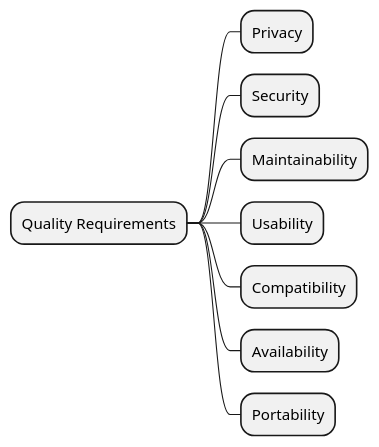
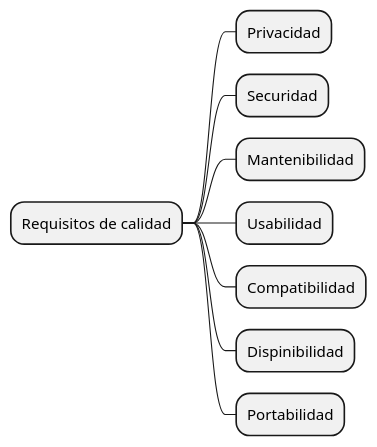
One commit to Arquisoft/Arquisoft-dede_es_02b changed the diagram in docs/10_quality_scenarios.adoc. Above: the diagram before and after it, drawn with PlantUML. The commit also changed other lines of this file and 1 other file, not shown here.

```diff
--- a/docs/10_quality_scenarios.adoc
+++ b/docs/10_quality_scenarios.adoc
@@ -9,15 +9,15 @@
 [plantuml,calidad,png]
 ----
 @startmindmap
 
-* Quality Requirements
-** Privacy
-** Security
-** Maintainability
-** Usability
-** Compatibility
-** Availability
-** Portability
+* Requisitos de calidad
+** Privacidad
+** Securidad
+** Mantenibilidad
+** Usabilidad
+** Compatibilidad
+** Dispinibilidad
+** Portabilidad
 
 @endmindmap
 ----
```
